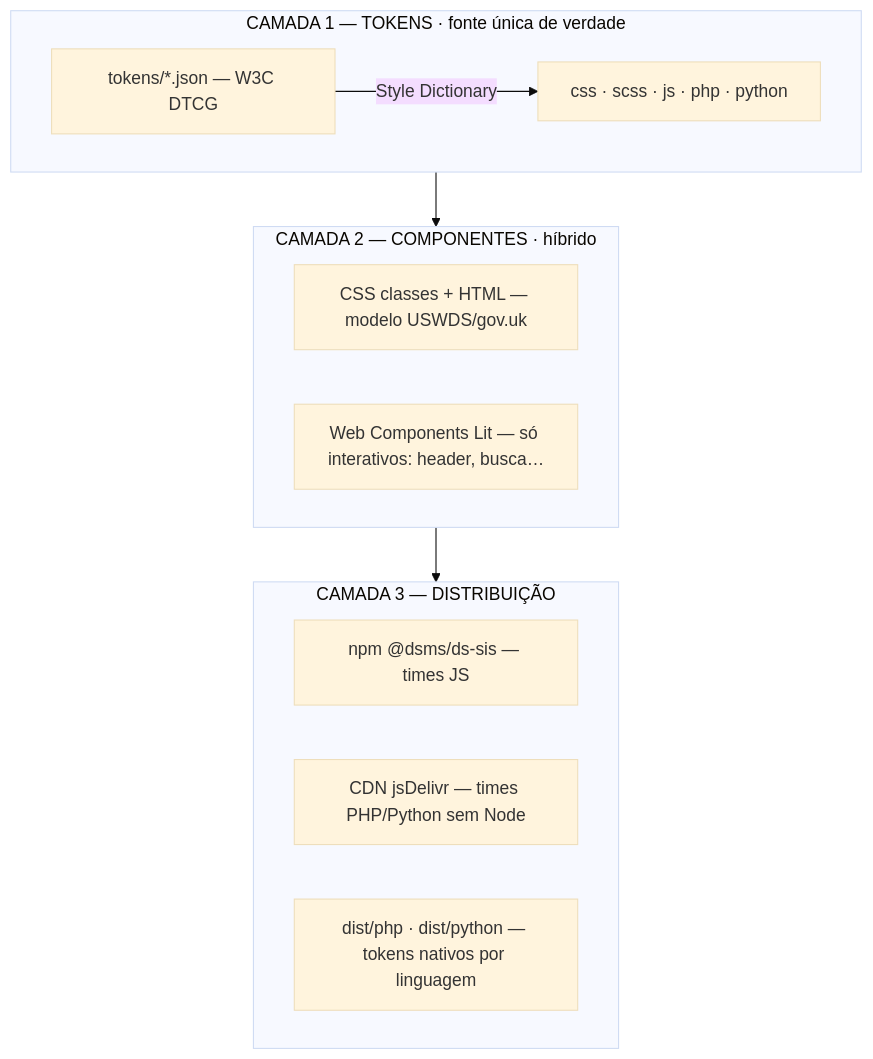
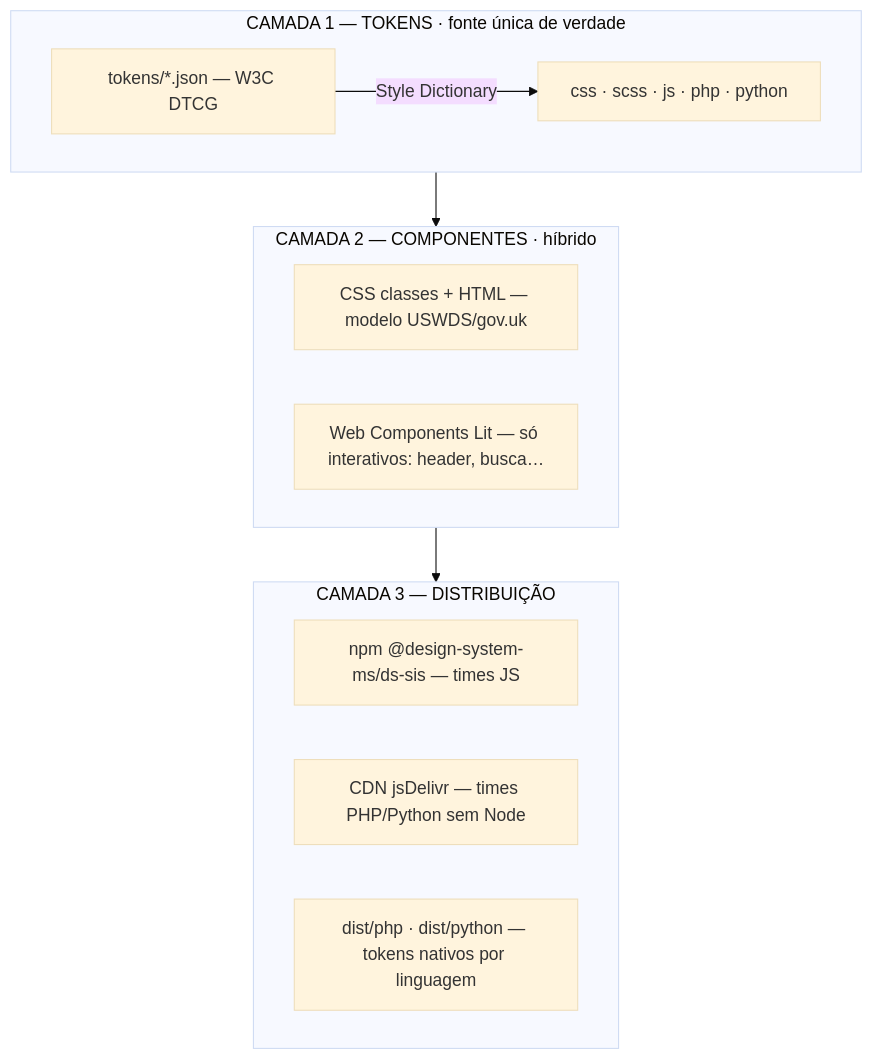
The diagram in docs/01-arquitetura.md (fabioramos-02/storybook-ds-ms), drawn with Mermaid (base theme) before and after one commit. The commit also changed other lines of this file and 16 other files, not shown here.

````diff
--- a/docs/01-arquitetura.md
+++ b/docs/01-arquitetura.md
@@ -5,16 +5,16 @@
 ```mermaid
 flowchart TB
     subgraph C1["CAMADA 1 — TOKENS · fonte única de verdade"]
         T["tokens/*.json — W3C DTCG"] -->|Style Dictionary| O["css · scss · js · php · python"]
     end
     subgraph C2["CAMADA 2 — COMPONENTES · híbrido"]
         H1["CSS classes + HTML — modelo USWDS/gov.uk"]
         H2["Web Components Lit — só interativos: header, busca…"]
     end
     subgraph C3["CAMADA 3 — DISTRIBUIÇÃO"]
-        D1["npm @dsms/ds-sis — times JS"]
+        D1["npm @design-system-ms/ds-sis — times JS"]
         D2["CDN jsDelivr — times PHP/Python sem Node"]
         D3["dist/php · dist/python — tokens nativos por linguagem"]
     end
     C1 --> C2 --> C3
 ```
````
